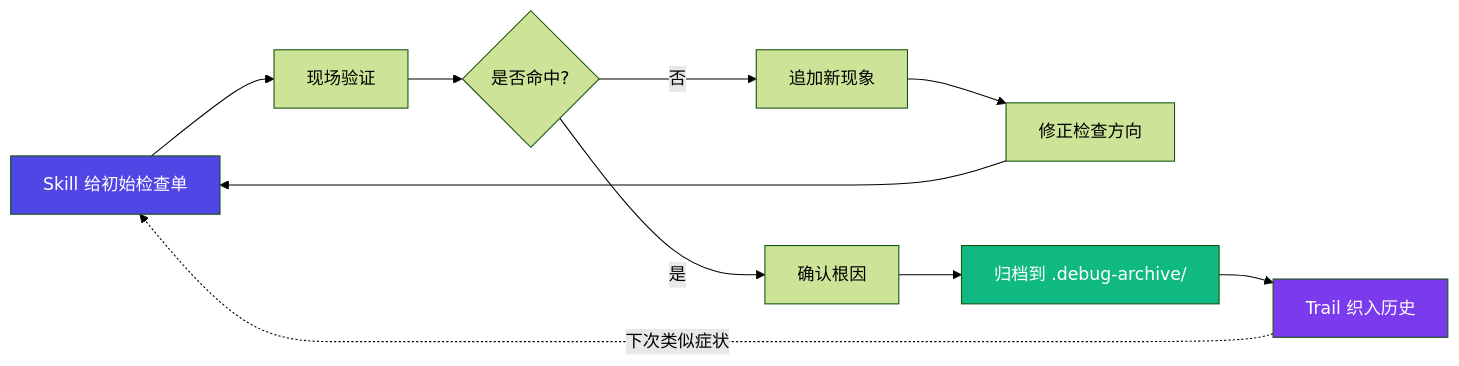
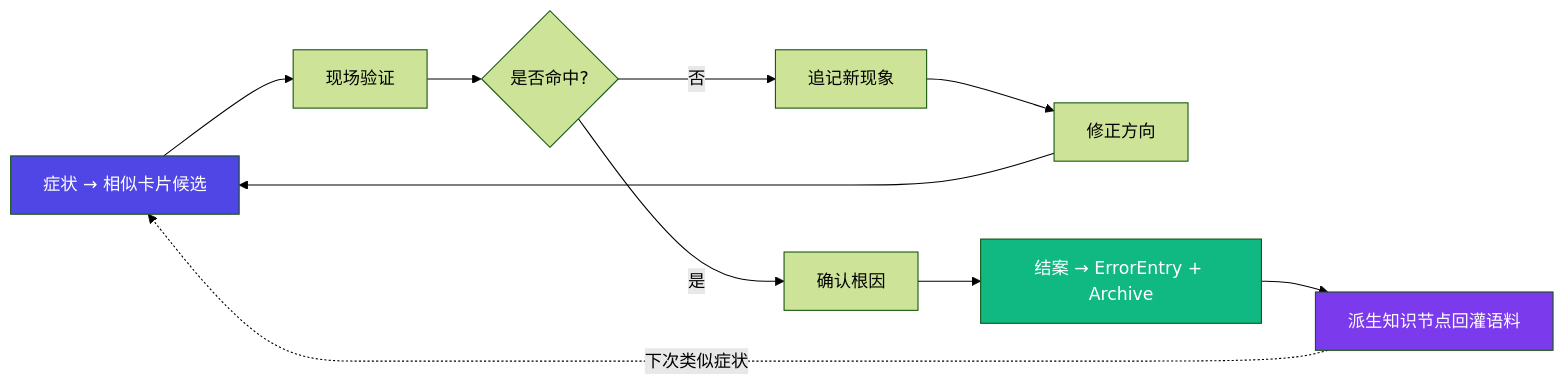
One commit to Jackrainman/TeamHub changed the second of 2 diagrams in README.md. Above: the diagram before and after it, drawn with Mermaid (forest theme). The commit also changed other lines of this file, not shown here.

````diff
--- a/README.md
+++ b/README.md
@@ -217,16 +161,16 @@
 ```mermaid
 flowchart LR
-    A[Skill 给初始检查单] --> B[现场验证]
+    A[症状 → 相似卡片候选] --> B[现场验证]
     B --> C{是否命中?}
-    C -->|否| D[追加新现象]
-    D --> E[修正检查方向]
+    C -->|否| D[追记新现象]
+    D --> E[修正方向]
     E --> A
     C -->|是| F[确认根因]
-    F --> G["归档到 .debug-archive/"]
-    G --> H[Trail 织入历史]
+    F --> G["结案 → ErrorEntry + Archive"]
+    G --> H[派生知识节点回灌语料]
     H -.->|下次类似症状| A
 
     style A fill:#4f46e5,color:#fff
     style G fill:#10b981,color:#fff
     style H fill:#7c3aed,color:#fff
 ```
````
